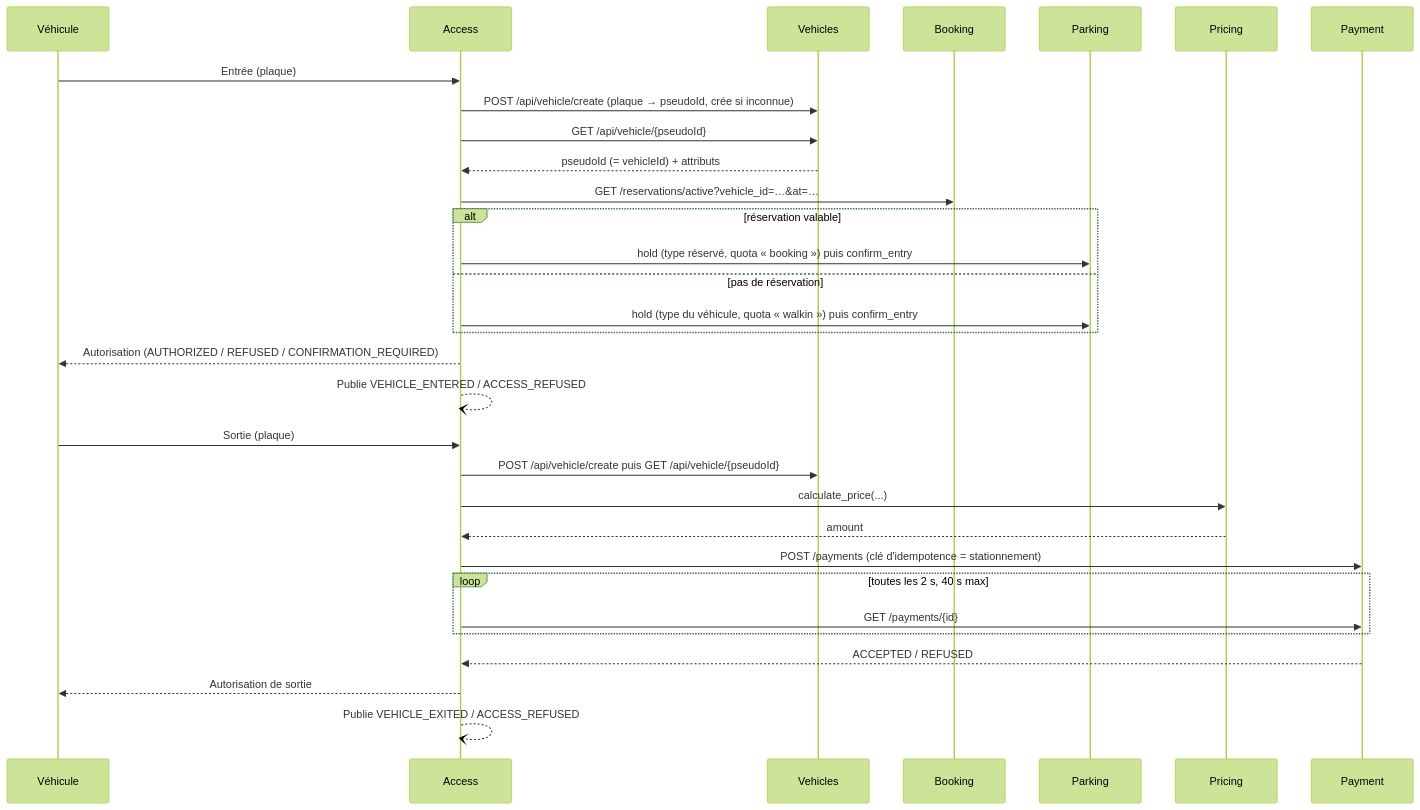
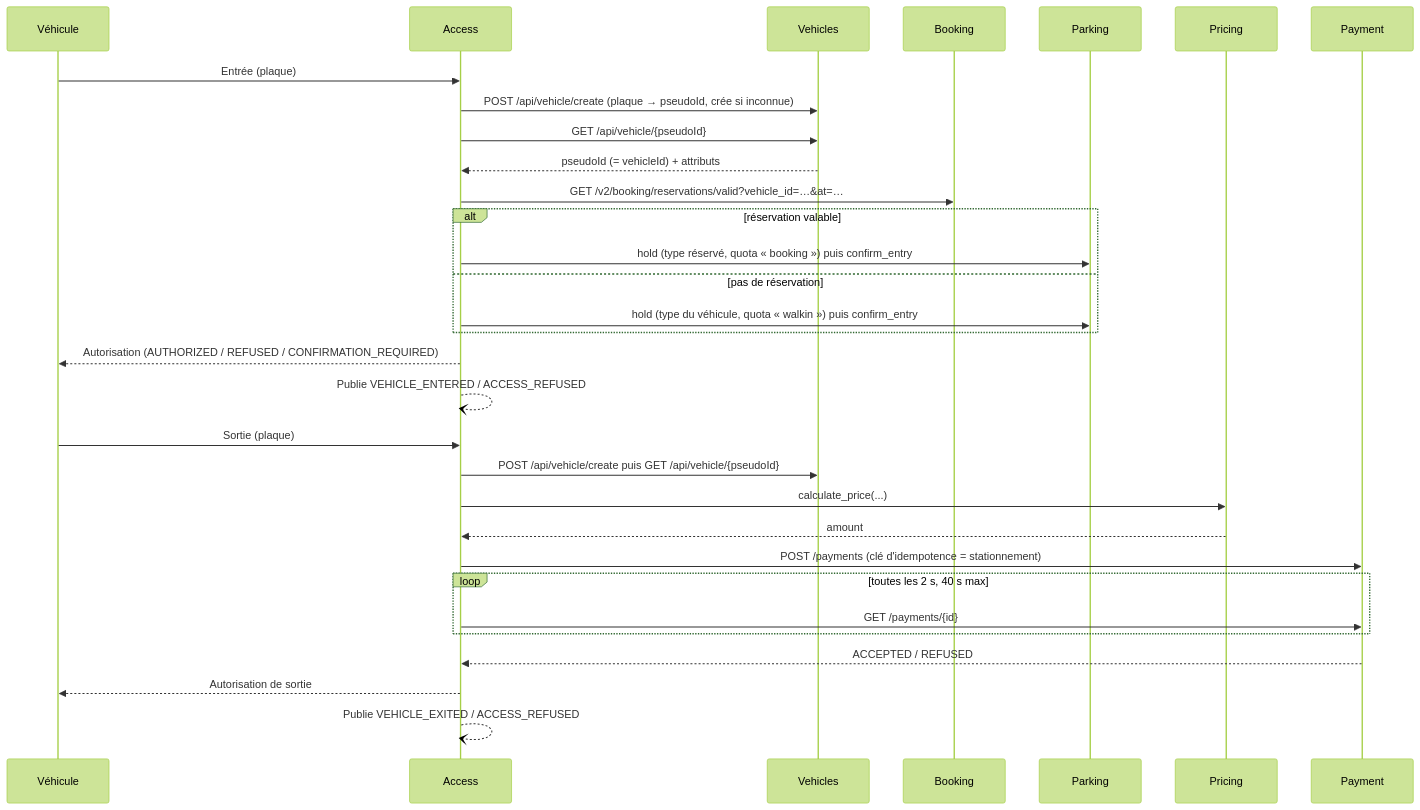
The diagram in README.md (DenisDMU/access-parking), drawn with Mermaid (forest theme) before and after one commit. The commit also changed other lines of this file and 9 other files, not shown here.

Commit message:
fix(booking): routes de Booking 2.5.0 (/v2/booking, /reservations/valid) et clé BOOKING_API_KEY (4.29.1)

````diff
--- a/README.md
+++ b/README.md
@@ -130,35 +130,35 @@
 ```mermaid
 sequenceDiagram
     participant V as Véhicule
     participant A as Access
     participant Ve as Vehicles
     participant B as Booking
     participant P as Parking
     participant Pr as Pricing
     participant Pa as Payment
 
     V->>A: Entrée (plaque)
     A->>Ve: POST /api/vehicle/create (plaque → pseudoId, crée si inconnue)
     A->>Ve: GET /api/vehicle/{pseudoId}
     Ve-->>A: pseudoId (= vehicleId) + attributs
-    A->>B: GET /reservations/active?vehicle_id=…&at=…
+    A->>B: GET /v2/booking/reservations/valid?vehicle_id=…&at=…
     alt réservation valable
         A->>P: hold (type réservé, quota « booking ») puis confirm_entry
     else pas de réservation
         A->>P: hold (type du véhicule, quota « walkin ») puis confirm_entry
     end
     A-->>V: Autorisation (AUTHORIZED / REFUSED / CONFIRMATION_REQUIRED)
     A--)A: Publie VEHICLE_ENTERED / ACCESS_REFUSED
 
     V->>A: Sortie (plaque)
     A->>Ve: POST /api/vehicle/create puis GET /api/vehicle/{pseudoId}
     A->>Pr: calculate_price(...)
     Pr-->>A: amount
     A->>Pa: POST /payments (clé d'idempotence = stationnement)
     loop toutes les 2 s, 40 s max
         A->>Pa: GET /payments/{id}
     end
     Pa-->>A: ACCEPTED / REFUSED
     A-->>V: Autorisation de sortie
     A--)A: Publie VEHICLE_EXITED / ACCESS_REFUSED
 ```
````
